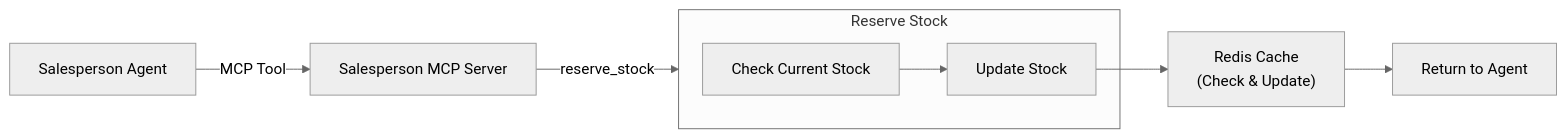
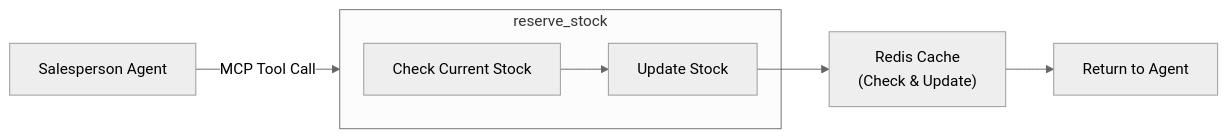
One commit to biabeogo147/Agent-Ecosystem-Salesperson-and-Payment changed the sixth of 9 diagrams in DemoScenarios.md. Above: the diagram before and after it, drawn with Mermaid (neutral theme). The commit also changed other lines of this file, not shown here.

````diff
--- a/DemoScenarios.md
+++ b/DemoScenarios.md
@@ -429,16 +421,14 @@
 ```mermaid
 flowchart LR
     SA["Salesperson Agent"]
-    MCP["Salesperson MCP Server"]
     Redis["Redis Cache<br/>(Check & Update)"]
     Result["Return to Agent"]
 
-    subgraph ReserveStock["Reserve Stock"]
+    subgraph ReserveStock["reserve_stock"]
         StockCheck["Check Current Stock"]
         StockUpdate["Update Stock"]
     end
 
-    SA --> |"MCP Tool"| MCP 
-    MCP --> |"reserve_stock"| ReserveStock
+    SA --> |"MCP Tool Call"| ReserveStock 
     StockCheck --> StockUpdate --> Redis --> Result
 ```
````
